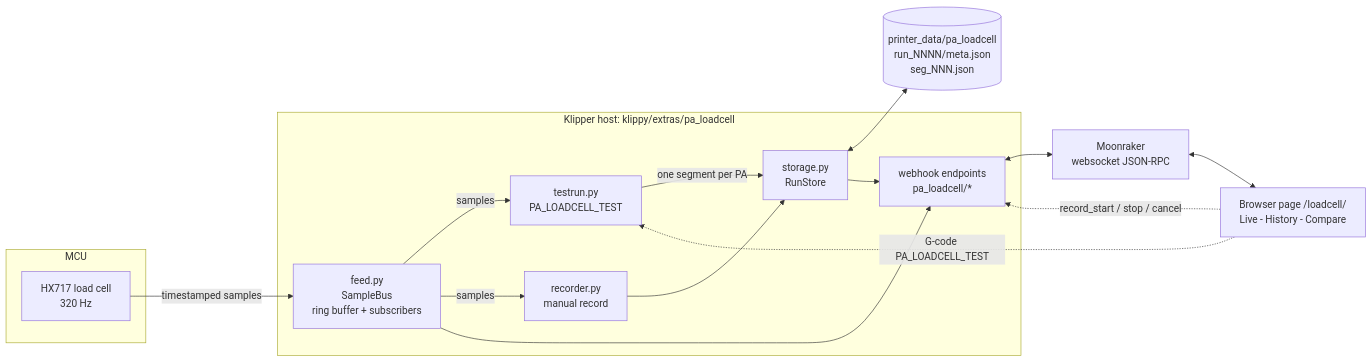
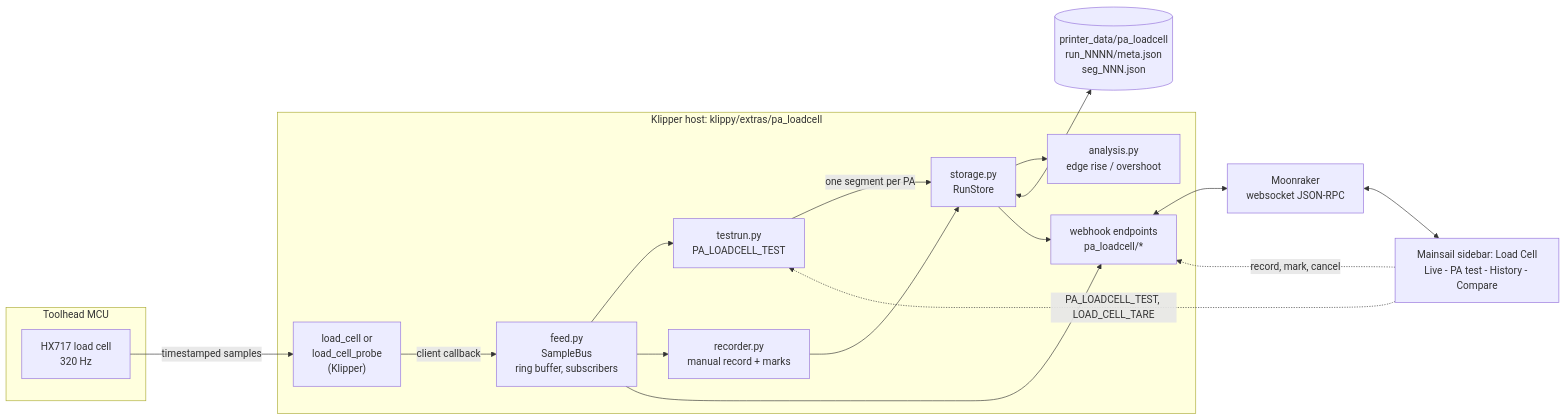
Before and after one commit to VcikeyTheCoder/piro-air-pa-calibrator: the first of 2 diagrams in README.md, drawn with Mermaid. The commit also changed other lines of this file and 12 other files, not shown here.

Commit message:
Redesign: Mainsail sidebar page, load_cell and load_cell_probe support

````diff
--- a/README.md
+++ b/README.md
@@ -80,29 +109,33 @@
 ```mermaid
 flowchart LR
-  subgraph MCU["MCU"]
+  subgraph MCU["Toolhead MCU"]
     HX["HX717 load cell<br/>320 Hz"]
   end
   subgraph Klipper["Klipper host: klippy/extras/pa_loadcell"]
-    FEED["feed.py<br/>SampleBus<br/>ring buffer + subscribers"]
+    LC["load_cell or<br/>load_cell_probe<br/>(Klipper)"]
+    FEED["feed.py<br/>SampleBus<br/>ring buffer, subscribers"]
     TEST["testrun.py<br/>PA_LOADCELL_TEST"]
-    REC["recorder.py<br/>manual record"]
+    REC["recorder.py<br/>manual record + marks"]
+    AN["analysis.py<br/>edge rise / overshoot"]
     STORE["storage.py<br/>RunStore"]
     WH["webhook endpoints<br/>pa_loadcell/*"]
   end
   DISK[("printer_data/pa_loadcell<br/>run_NNNN/meta.json<br/>seg_NNN.json")]
   MR["Moonraker<br/>websocket JSON-RPC"]
-  UI["Browser page /loadcell/<br/>Live - History - Compare"]
+  UI["Mainsail sidebar: Load Cell<br/>Live - PA test - History - Compare"]
 
-  HX -->|timestamped samples| FEED
-  FEED -->|samples| TEST
-  FEED -->|samples| REC
+  HX -->|timestamped samples| LC
+  LC -->|client callback| FEED
+  FEED --> TEST
+  FEED --> REC
   TEST -->|one segment per PA| STORE
   REC --> STORE
+  STORE --> AN
   STORE <--> DISK
   FEED --> WH
   STORE --> WH
   WH <--> MR
   MR <--> UI
-  UI -.->|"G-code PA_LOADCELL_TEST"| TEST
-  UI -.->|"record_start / stop / cancel"| WH
+  UI -.->|"PA_LOADCELL_TEST, LOAD_CELL_TARE"| TEST
+  UI -.->|"record, mark, cancel"| WH
 ```
````
